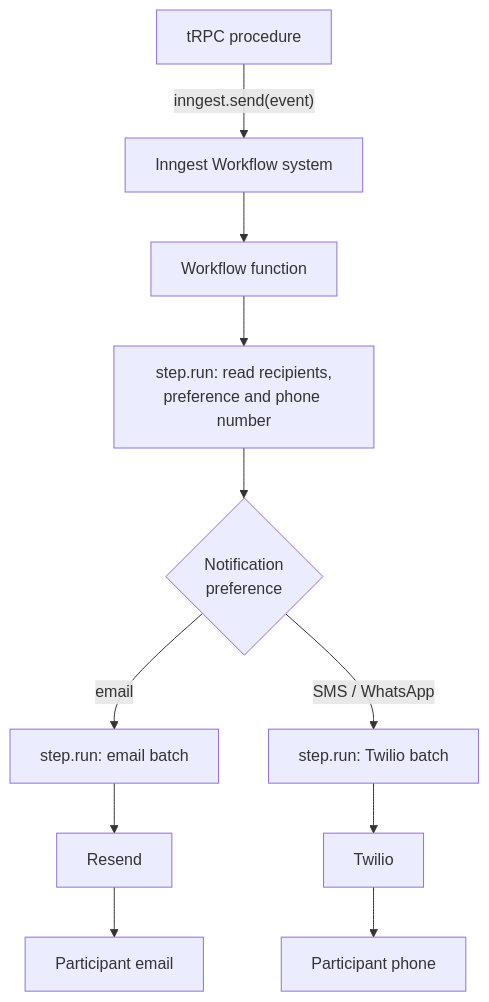
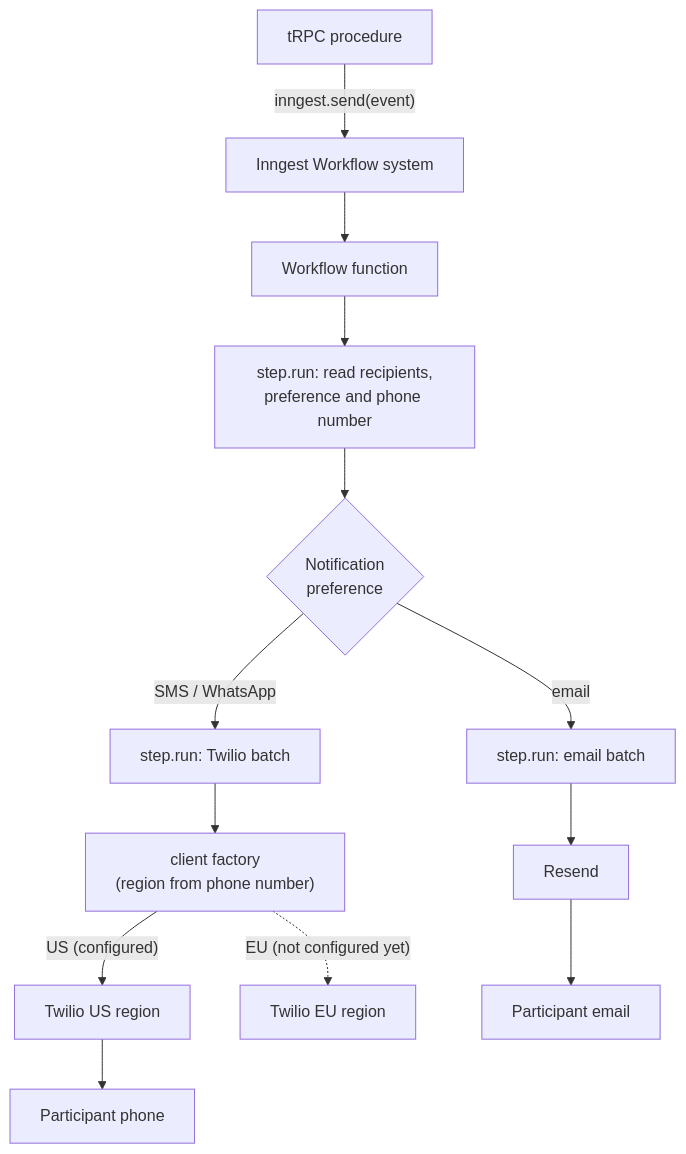
The second of 2 diagrams in docs/adr/0003-support-multi-modal-notifications.md (oneprojectorg/common), drawn with Mermaid before and after one commit. The commit also changed other lines of this file, not shown here.

First line of the commit message:
docs(adr): record the region seam before we need it

````diff
--- a/docs/adr/0003-support-multi-modal-notifications.md
+++ b/docs/adr/0003-support-multi-modal-notifications.md
@@ -77,15 +96,18 @@
 ```mermaid
 flowchart TD
   proc["tRPC procedure"] -->|"inngest.send(event)"| inngest["Inngest Workflow system"]
   inngest --> fn["Workflow function"]
   fn --> read["step.run: read recipients,
 preference and phone number"]
   read --> pref{"Notification
 preference"}
   pref -->|email| ebatch["step.run: email batch"]
   pref -->|"SMS / WhatsApp"| tbatch["step.run: Twilio batch"]
   ebatch --> resend["Resend"]
-  tbatch --> twilio["Twilio"]
+  tbatch --> factory["client factory
+(region from phone number)"]
+  factory -->|"US (configured)"| twilio["Twilio US region"]
+  factory -.->|"EU (not configured yet)"| twilioeu["Twilio EU region"]
   resend --> inbox["Participant email"]
   twilio --> phone["Participant phone"]
 ```
````
